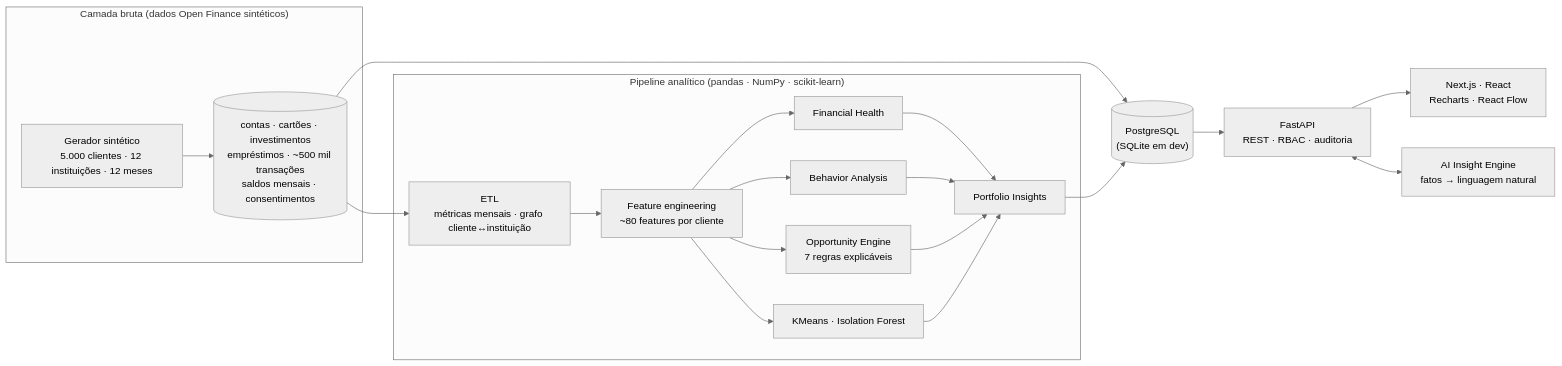
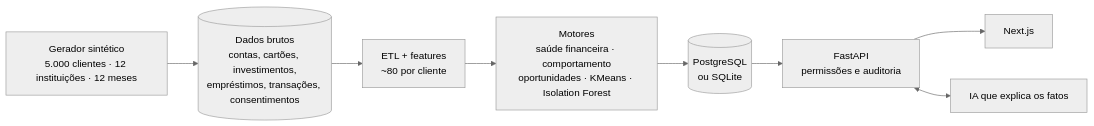
One commit to oliveiradev06/OPEN-FINANCE-INTELLIGENCE changed the diagram in README.md. Above: the diagram before and after it, drawn with Mermaid (neutral theme). The commit also changed other lines of this file and 10 other files, not shown here.

````diff
--- a/README.md
+++ b/README.md
@@ -78,26 +53,10 @@
 ```mermaid
 flowchart LR
-    subgraph RAW["Camada bruta (dados Open Finance sintéticos)"]
-        GEN["Gerador sintético<br/>5.000 clientes · 12 instituições · 12 meses"]
-        RAWDB[("contas · cartões · investimentos<br/>empréstimos · ~500 mil transações<br/>saldos mensais · consentimentos")]
-    end
-    subgraph PIPE["Pipeline analítico (pandas · NumPy · scikit-learn)"]
-        ETL["ETL<br/>métricas mensais · grafo cliente↔instituição"]
-        FEAT["Feature engineering<br/>~80 features por cliente"]
-        HEALTH["Financial Health"]
-        BEHAV["Behavior Analysis"]
-        OPP["Opportunity Engine<br/>7 regras explicáveis"]
-        ML["KMeans · Isolation Forest"]
-        INS["Portfolio Insights"]
-    end
-    DB[("PostgreSQL<br/>(SQLite em dev)")]
-    API["FastAPI<br/>REST · RBAC · auditoria"]
-    AI["AI Insight Engine<br/>fatos → linguagem natural"]
-    WEB["Next.js · React<br/>Recharts · React Flow"]
-
-    GEN --> RAWDB --> ETL --> FEAT --> HEALTH & BEHAV & OPP & ML --> INS
-    RAWDB --> DB
-    INS --> DB
-    DB --> API --> WEB
-    API <--> AI
+    GEN["Gerador sintético<br/>5.000 clientes · 12 instituições · 12 meses"] --> RAW[("Dados brutos<br/>contas, cartões, investimentos,<br/>empréstimos, transações, consentimentos")]
+    RAW --> ETL["ETL + features<br/>~80 por cliente"]
+    ETL --> ENG["Motores<br/>saúde financeira · comportamento<br/>oportunidades · KMeans · Isolation Forest"]
+    ENG --> DB[("PostgreSQL<br/>ou SQLite")]
+    DB --> API["FastAPI<br/>permissões e auditoria"]
+    API --> WEB["Next.js"]
+    API <--> AI["IA que explica os fatos"]
 ```
````
